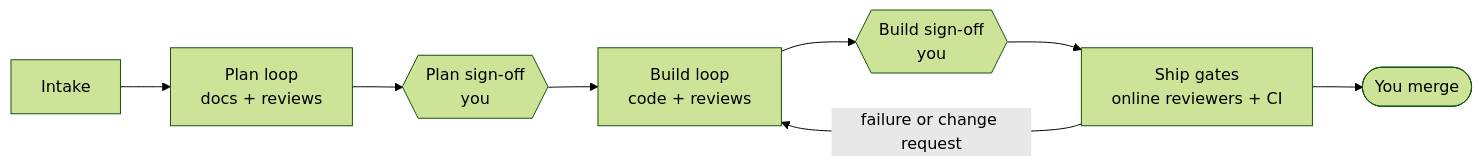
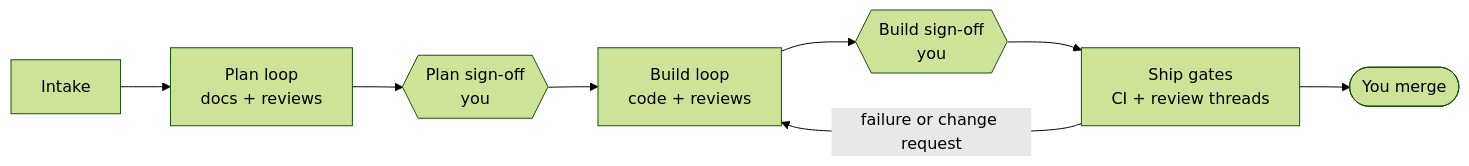
The diagram in README.md (brylie/foundry), drawn with Mermaid (forest theme) before and after one commit. The commit also changed other lines of this file and 20 other files, not shown here.

First line of the commit message:
Stop waiting on the online reviewers at the ship gate

````diff
--- a/README.md
+++ b/README.md
@@ -21,10 +21,10 @@
 ```mermaid
 flowchart LR
   intake[Intake] --> plan[Plan loop<br/>docs + reviews]
   plan --> plansign{{Plan sign-off<br/>you}}
   plansign --> build[Build loop<br/>code + reviews]
   build --> buildsign{{Build sign-off<br/>you}}
-  buildsign --> ship[Ship gates<br/>online reviewers + CI]
+  buildsign --> ship[Ship gates<br/>CI + review threads]
   ship -- failure or change request --> build
   ship --> merged([You merge])
 ```
````
